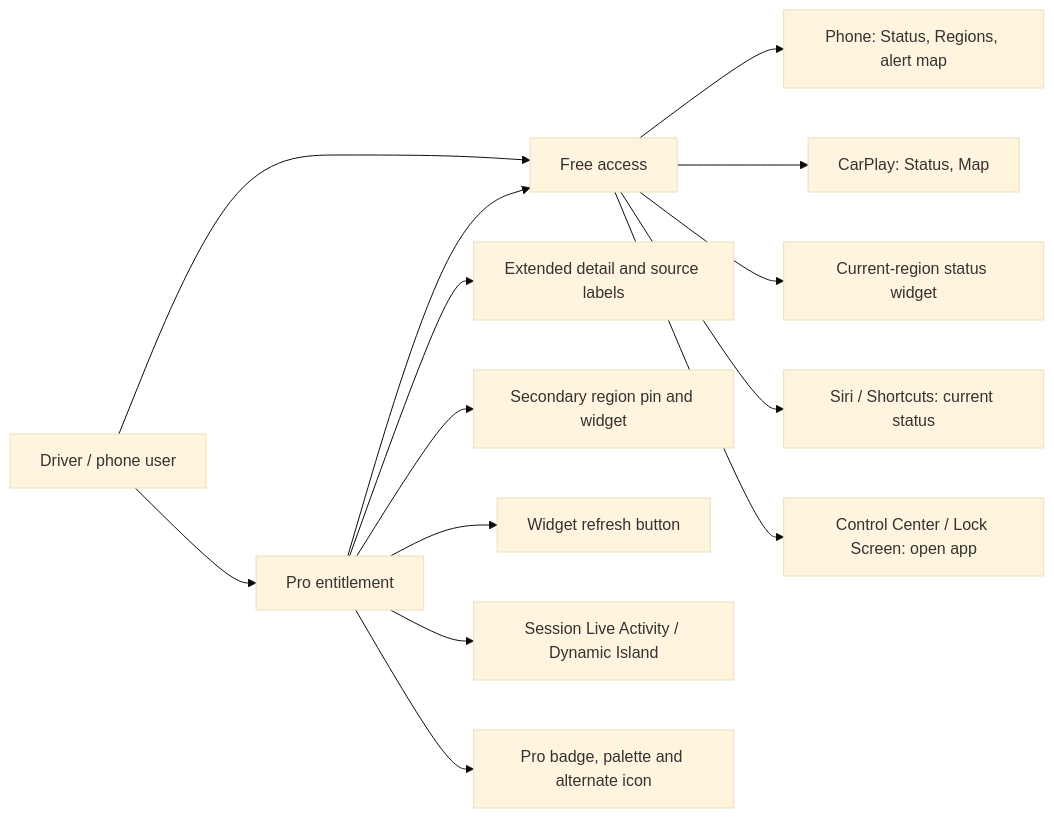
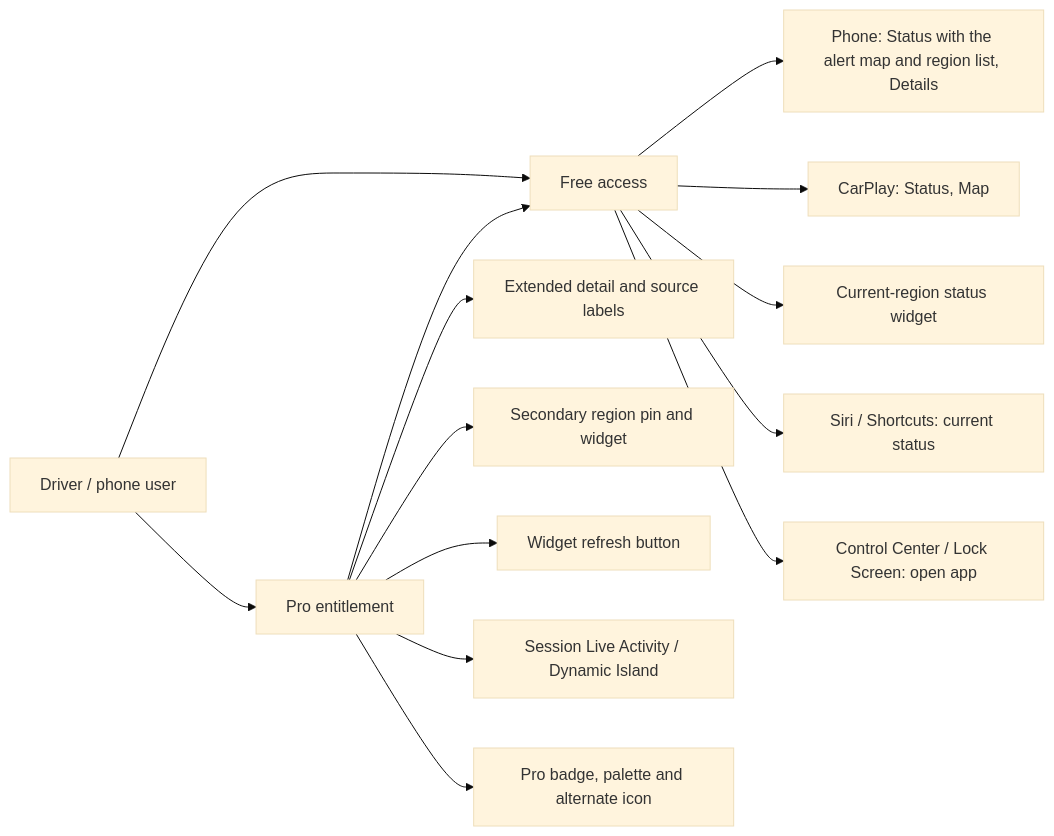
One commit to vil4max/regional-check changed the first of 3 diagrams in docs/engineering/project-map.md. Above: the diagram before and after it, drawn with Mermaid (base theme). The commit also changed other lines of this file and 3 other files, not shown here.

````diff
--- a/docs/engineering/project-map.md
+++ b/docs/engineering/project-map.md
@@ -18,16 +18,16 @@
 ```mermaid
 flowchart LR
     User[Driver / phone user] --> Free[Free access]
     User --> Pro[Pro entitlement]
     Pro --> Free
-    Free --> Phone[Phone: Status, Regions, alert map]
+    Free --> Phone[Phone: Status with the alert map and region list, Details]
     Free --> CP[CarPlay: Status, Map]
     Free --> Widget[Current-region status widget]
     Free --> Siri[Siri / Shortcuts: current status]
     Free --> Control[Control Center / Lock Screen: open app]
     Pro --> Detail[Extended detail and source labels]
     Pro --> Secondary[Secondary region pin and widget]
     Pro --> Refresh[Widget refresh button]
     Pro --> Activity[Session Live Activity / Dynamic Island]
     Pro --> Appearance[Pro badge, palette and alternate icon]
 ```
````
